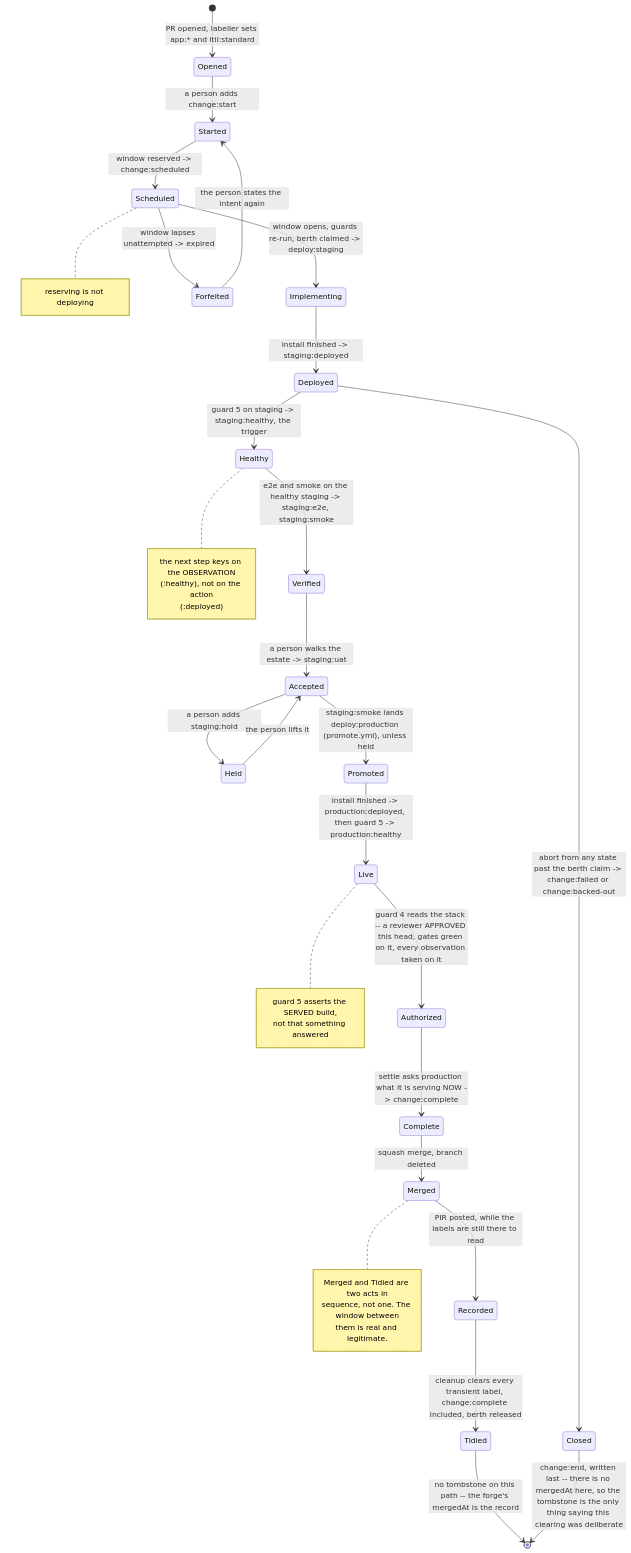
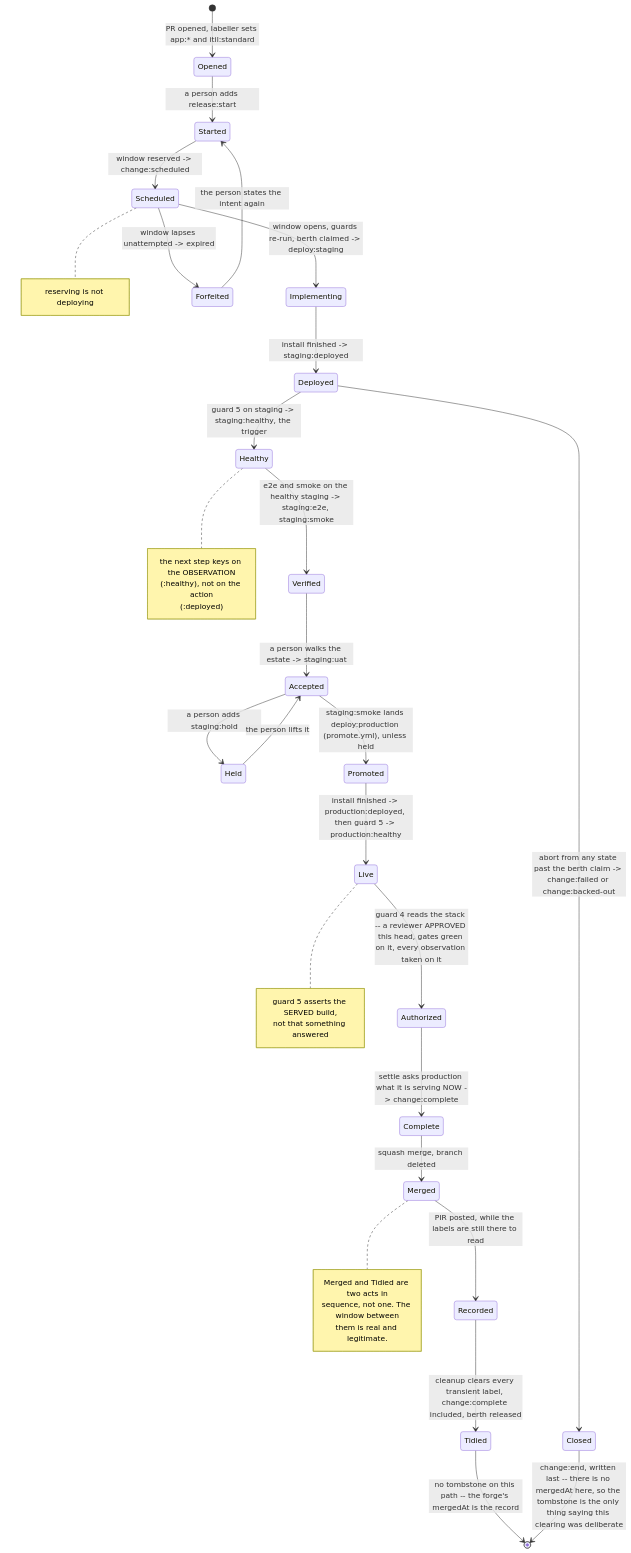
One commit to aygp-dr/standard-change changed the first of 6 diagrams in README.org. Above: the diagram before and after it, drawn with Mermaid. The commit also changed other lines of this file and 18 other files, not shown here.

First line of the commit message:
feat(change): release:start is the person's word; the driver defers to a booked window and has a dry run

```diff
--- a/README.org
+++ b/README.org
@@ -48,45 +48,45 @@
 #+begin_src mermaid :eval never-export
 stateDiagram-v2
     direction TB
     [*] --> Opened: PR opened, labeller sets app:* and itil:standard
-    Opened --> Started: a person adds change:start
+    Opened --> Started: a person adds release:start
     Started --> Scheduled: window reserved -> change:scheduled
     Scheduled --> Implementing: window opens, guards re-run, berth claimed -> deploy:staging
     Scheduled --> Forfeited: window lapses unattempted -> expired
     Implementing --> Deployed: install finished -> staging:deployed
     Deployed --> Healthy: guard 5 on staging -> staging:healthy, the trigger
     Healthy --> Verified: e2e and smoke on the healthy staging -> staging:e2e, staging:smoke
     Verified --> Accepted: a person walks the estate -> staging:uat
     Accepted --> Held: a person adds staging:hold
     Held --> Accepted: the person lifts it
     Accepted --> Promoted: staging:smoke lands deploy:production (promote.yml), unless held
     Promoted --> Live: install finished -> production:deployed, then guard 5 -> production:healthy
     Live --> Authorized: guard 4 reads the stack -- a reviewer APPROVED this head, gates green on it, every observation taken on it
     Authorized --> Complete: settle asks production what it is serving NOW -> change:complete
     Complete --> Merged: squash merge, branch deleted
     Merged --> Recorded: PIR posted, while the labels are still there to read
     Recorded --> Tidied: cleanup clears every transient label, change:complete included, berth released
     Tidied --> [*]: no tombstone on this path -- the forge's mergedAt is the record
     Forfeited --> Started: the person states the intent again
 
     Deployed --> Closed: abort from any state past the berth claim -> change:failed or change:backed-out
     Closed --> [*]: change:end, written last -- there is no mergedAt here, so the tombstone is the only thing saying this clearing was deliberate
 
     note right of Scheduled
         reserving is not deploying
     end note
     note right of Healthy
         the next step keys on the OBSERVATION
         (<env>:healthy), not on the action
         (<env>:deployed)
     end note
     note right of Live
         guard 5 asserts the SERVED build,
         not that something answered
     end note
     note right of Merged
         Merged and Tidied are two acts in
         sequence, not one. The window between
         them is real and legitimate.
     end note
 #+end_src
```
